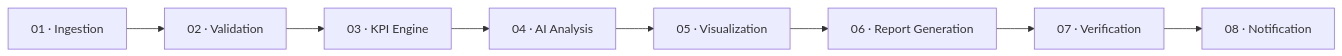
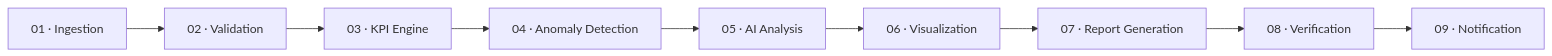
One commit to imusmanjd/Fibrion-AI changed the second of 2 diagrams in README.md. Above: the diagram before and after it, drawn with Mermaid. The commit also changed other lines of this file, not shown here.

Commit message:
docs: update README to match current architecture

````diff
--- a/README.md
+++ b/README.md
@@ -62,4 +62,4 @@
 ```mermaid
 flowchart LR
-    A["01 · Ingestion"] --> B["02 · Validation"] --> C["03 · KPI Engine"] --> D["04 · AI Analysis"] --> E["05 · Visualization"] --> F["06 · Report Generation"] --> G["07 · Verification"] --> H["08 · Notification"]
+    A["01 · Ingestion"] --> B["02 · Validation"] --> C["03 · KPI Engine"] --> D["04 · Anomaly Detection"] --> E["05 · AI Analysis"] --> F["06 · Visualization"] --> G["07 · Report Generation"] --> H["08 · Verification"] --> I["09 · Notification"]
 ```
````
